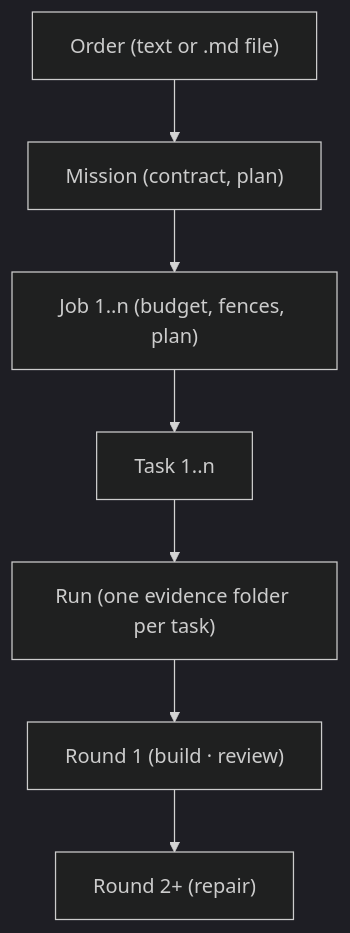
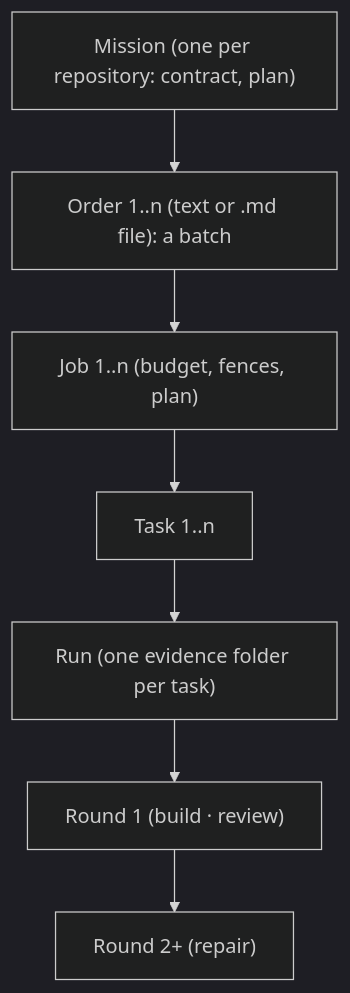
Before and after one commit to UndefinedDatabase/remedy: the diagram in README.md, drawn with Mermaid (dark theme). The commit also changed 2 other files, not shown here.

Commit message:
F297 R10 C3: the vocabulary page says a mission is a repository's lasting record and an order a batch in it (R-1249)

````diff
--- a/README.md
+++ b/README.md
@@ -8,9 +8,9 @@
 ```mermaid
 flowchart TD
-    Order["Order (text or .md file)"] --> Mission["Mission (contract, plan)"]
-    Mission --> Job["Job 1..n (budget, fences, plan)"]
+    Mission["Mission (one per repository: contract, plan)"] --> Order["Order 1..n (text or .md file): a batch"]
+    Order --> Job["Job 1..n (budget, fences, plan)"]
     Job --> Task["Task 1..n"]
     Task --> Run["Run (one evidence folder per task)"]
     Run --> R1["Round 1 (build · review)"]
     R1 --> R2["Round 2+ (repair)"]
 ```
````
